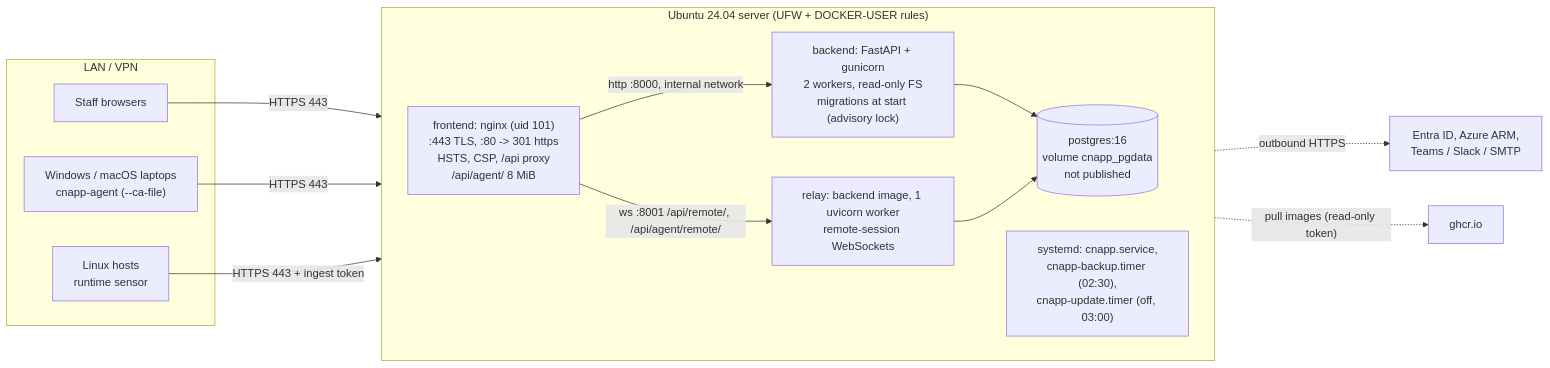
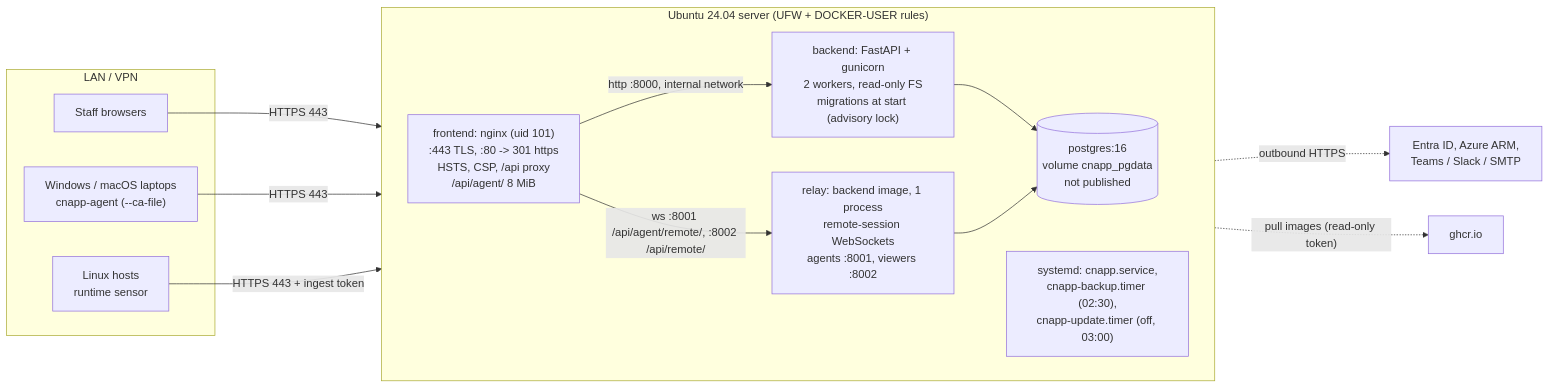
Before and after one commit to Amechi-demigod/CloudSecurity: the diagram in docs/DEPLOY_ONPREM.md, drawn with Mermaid. The commit also changed 9 other files, not shown here.

````diff
--- a/docs/DEPLOY_ONPREM.md
+++ b/docs/DEPLOY_ONPREM.md
@@ -64,25 +64,25 @@
 ```mermaid
 flowchart LR
   subgraph Clients["LAN / VPN"]
     B["Staff browsers"]
     L["Windows / macOS laptops<br/>cnapp-agent (--ca-file)"]
     S["Linux hosts<br/>runtime sensor"]
   end
   subgraph Server["Ubuntu 24.04 server (UFW + DOCKER-USER rules)"]
     direction LR
     N["frontend: nginx (uid 101)<br/>:443 TLS, :80 -> 301 https<br/>HSTS, CSP, /api proxy<br/>/api/agent/ 8 MiB"]
     A["backend: FastAPI + gunicorn<br/>2 workers, read-only FS<br/>migrations at start (advisory lock)"]
-    R["relay: backend image, 1 uvicorn worker<br/>remote-session WebSockets"]
+    R["relay: backend image, 1 process<br/>remote-session WebSockets<br/>agents :8001, viewers :8002"]
     P[("postgres:16<br/>volume cnapp_pgdata<br/>not published")]
     N -->|"http :8000, internal network"| A
-    N -->|"ws :8001 /api/remote/, /api/agent/remote/"| R
+    N -->|"ws :8001 /api/agent/remote/, :8002 /api/remote/"| R
     A --> P
     R --> P
     T["systemd: cnapp.service,<br/>cnapp-backup.timer (02:30),<br/>cnapp-update.timer (off, 03:00)"]
   end
   B -->|HTTPS 443| N
   L -->|HTTPS 443| N
   S -->|"HTTPS 443 + ingest token"| N
   A -.->|"outbound HTTPS"| X["Entra ID, Azure ARM,<br/>Teams / Slack / SMTP"]
   Server -.->|"pull images (read-only token)"| G["ghcr.io"]
 ```
````
